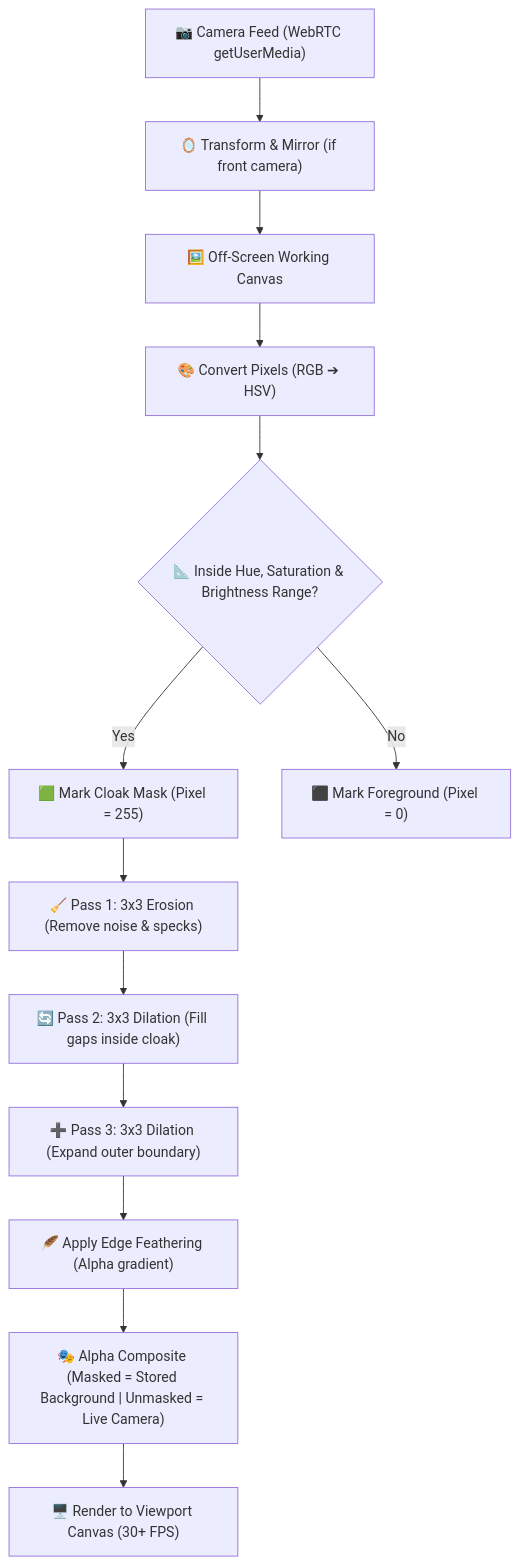
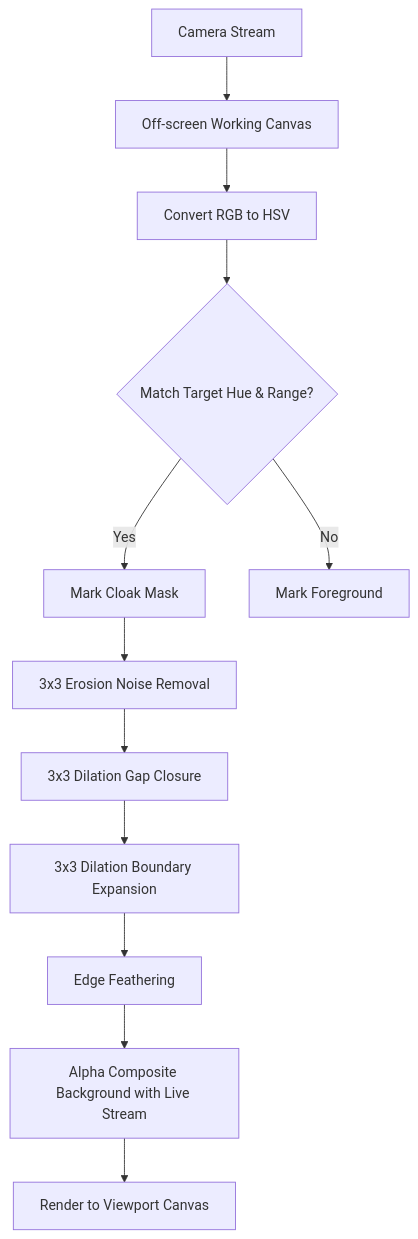
Before and after one commit to ranaumarbilal31/Magic-Camera: the diagram in README.md, drawn with Mermaid. The commit also changed other lines of this file, not shown here.

Commit message:
docs: clean up README formatting to match minimalist reference

````diff
--- a/README.md
+++ b/README.md
@@ -72,15 +34,14 @@
 ```mermaid
 flowchart TD
-    A["📷 Camera Feed (WebRTC getUserMedia)"] --> B["🪞 Transform & Mirror (if front camera)"]
-    B --> C["🖼️ Off-Screen Working Canvas"]
-    C --> D["🎨 Convert Pixels (RGB ➔ HSV)"]
-    D --> E{"📐 Inside Hue, Saturation & Brightness Range?"}
-    E -- "Yes" --> F["🟩 Mark Cloak Mask (Pixel = 255)"]
-    E -- "No" --> G["⬛ Mark Foreground (Pixel = 0)"]
-    F --> H["🧹 Pass 1: 3x3 Erosion (Remove noise & specks)"]
-    H --> I["🔄 Pass 2: 3x3 Dilation (Fill gaps inside cloak)"]
-    I --> J["➕ Pass 3: 3x3 Dilation (Expand outer boundary)"]
-    J --> K["🪶 Apply Edge Feathering (Alpha gradient)"]
-    K --> L["🎭 Alpha Composite (Masked = Stored Background | Unmasked = Live Camera)"]
-    L --> M["🖥️ Render to Viewport Canvas (30+ FPS)"]
+    A["Camera Stream"] --> B["Off-screen Working Canvas"]
+    B --> C["Convert RGB to HSV"]
+    C --> D{"Match Target Hue & Range?"}
+    D -- "Yes" --> E["Mark Cloak Mask"]
+    D -- "No" --> F["Mark Foreground"]
+    E --> G["3x3 Erosion Noise Removal"]
+    G --> H["3x3 Dilation Gap Closure"]
+    H --> I["3x3 Dilation Boundary Expansion"]
+    I --> J["Edge Feathering"]
+    J --> K["Alpha Composite Background with Live Stream"]
+    K --> L["Render to Viewport Canvas"]
 ```
````
